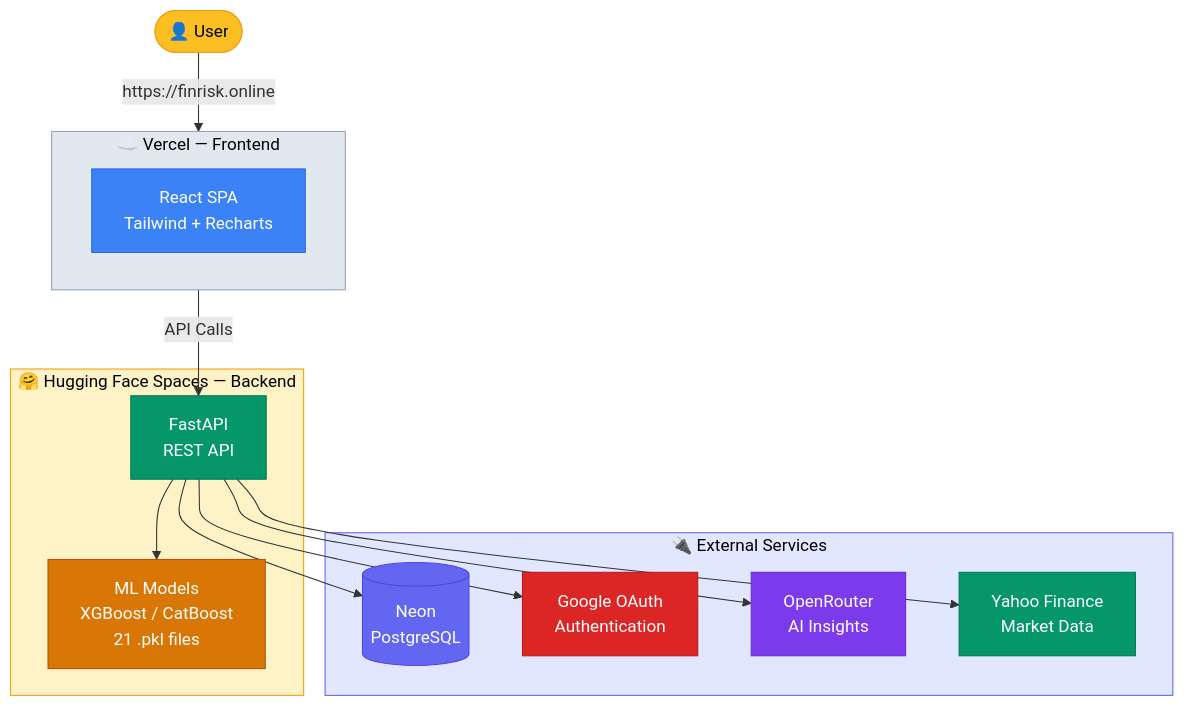
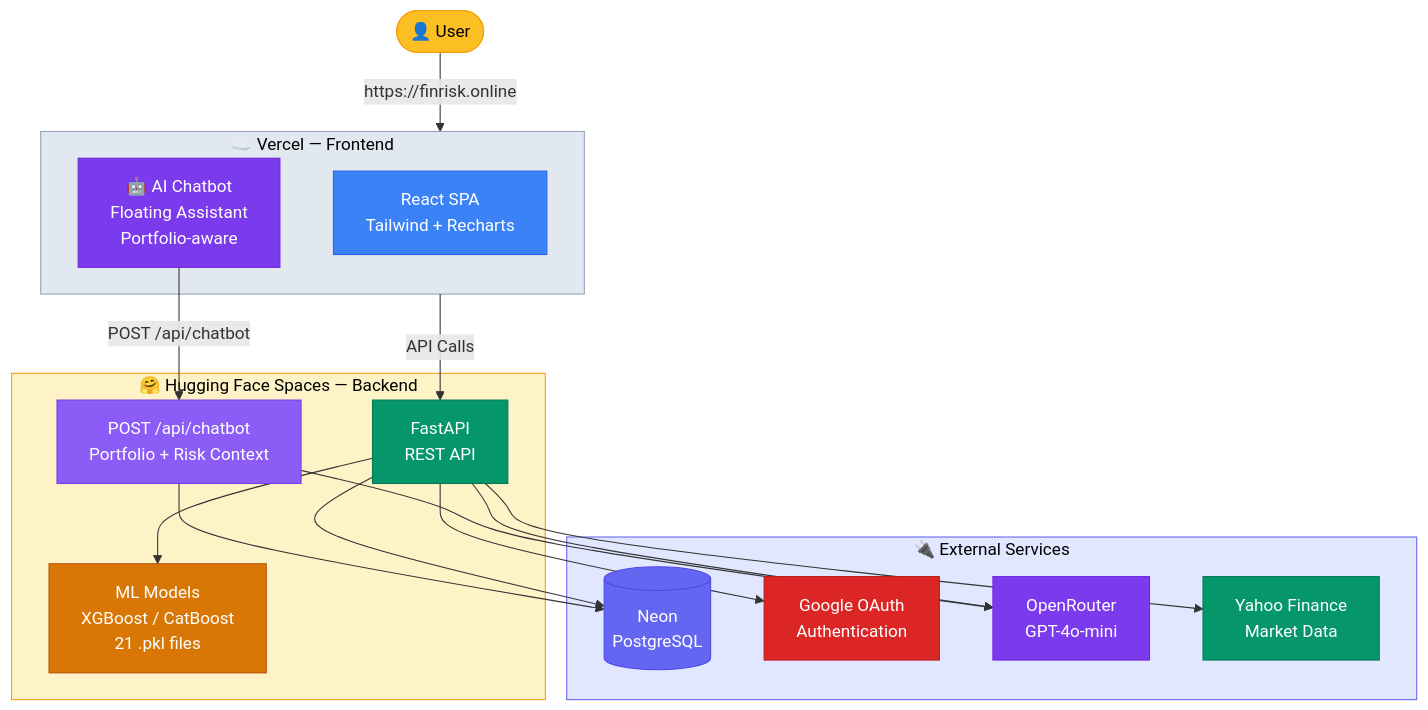
The diagram in README.md (AyushSinghRana15/Financial-Risk-Management-System), drawn with Mermaid before and after one commit. The commit also changed other lines of this file and 2 other files, not shown here.

Commit message:
replace Risk Preference with Chatbot prefs, Notification filters, default view; update README
- Settings: replace Risk Preference dropdown with AI Chatbot toggle + clear history
- Settings: add Notification Filters toggles (credit, market, business, liquidity, financial, fraud, tips)
- Settings: add Default Dashboard View selector
- ChatBot: respect chatbotEnabled setting from localStorage, persist conversation history
- README: update architecture diagram with chatbot flow, add chatbot to features list

````diff
--- a/README.md
+++ b/README.md
@@ -18,39 +18,46 @@
 ```mermaid
 graph TB
     User(["👤 User"]) -->|"https://finrisk.online"| Vercel
 
     subgraph Vercel ["☁️ Vercel — Frontend"]
         React["React SPA<br/>Tailwind + Recharts"]
+        Chatbot["🤖 AI Chatbot<br/>Floating Assistant<br/>Portfolio-aware"]
     end
 
     subgraph HF ["🤗 Hugging Face Spaces — Backend"]
         API["FastAPI<br/>REST API"]
+        ChatbotAPI["POST /api/chatbot<br/>Portfolio + Risk Context"]
         ML["ML Models<br/>XGBoost / CatBoost<br/>21 .pkl files"]
     end
 
     subgraph Services ["🔌 External Services"]
         Neon[("Neon<br/>PostgreSQL")]
         OAuth["Google OAuth<br/>Authentication"]
-        OpenRouter["OpenRouter<br/>AI Insights"]
+        OpenRouter["OpenRouter<br/>GPT-4o-mini"]
         Yahoo["Yahoo Finance<br/>Market Data"]
     end
 
     Vercel -->|"API Calls"| API
+    Chatbot -->|"POST /api/chatbot"| ChatbotAPI
+    ChatbotAPI --> OpenRouter
+    ChatbotAPI --> Neon
     API --> ML
     API --> Neon
     API --> OAuth
     API --> OpenRouter
     API --> Yahoo
 
     style User fill:#fbbf24,stroke:#f59e0b,color:#000
     style Vercel fill:#e2e8f0,stroke:#94a3b8,color:#000
     style HF fill:#fef3c7,stroke:#f59e0b,color:#000
     style Services fill:#e0e7ff,stroke:#6366f1,color:#000
     style React fill:#3b82f6,stroke:#2563eb,color:#fff
+    style Chatbot fill:#7c3aed,stroke:#6d28d9,color:#fff
     style API fill:#059669,stroke:#047857,color:#fff
+    style ChatbotAPI fill:#8b5cf6,stroke:#7c3aed,color:#fff
     style ML fill:#d97706,stroke:#b45309,color:#fff
     style Neon fill:#6366f1,stroke:#4f46e5,color:#fff
     style OAuth fill:#dc2626,stroke:#b91c1c,color:#fff
     style OpenRouter fill:#7c3aed,stroke:#6d28d9,color:#fff
     style Yahoo fill:#059669,stroke:#047857,color:#fff
 ```
````
